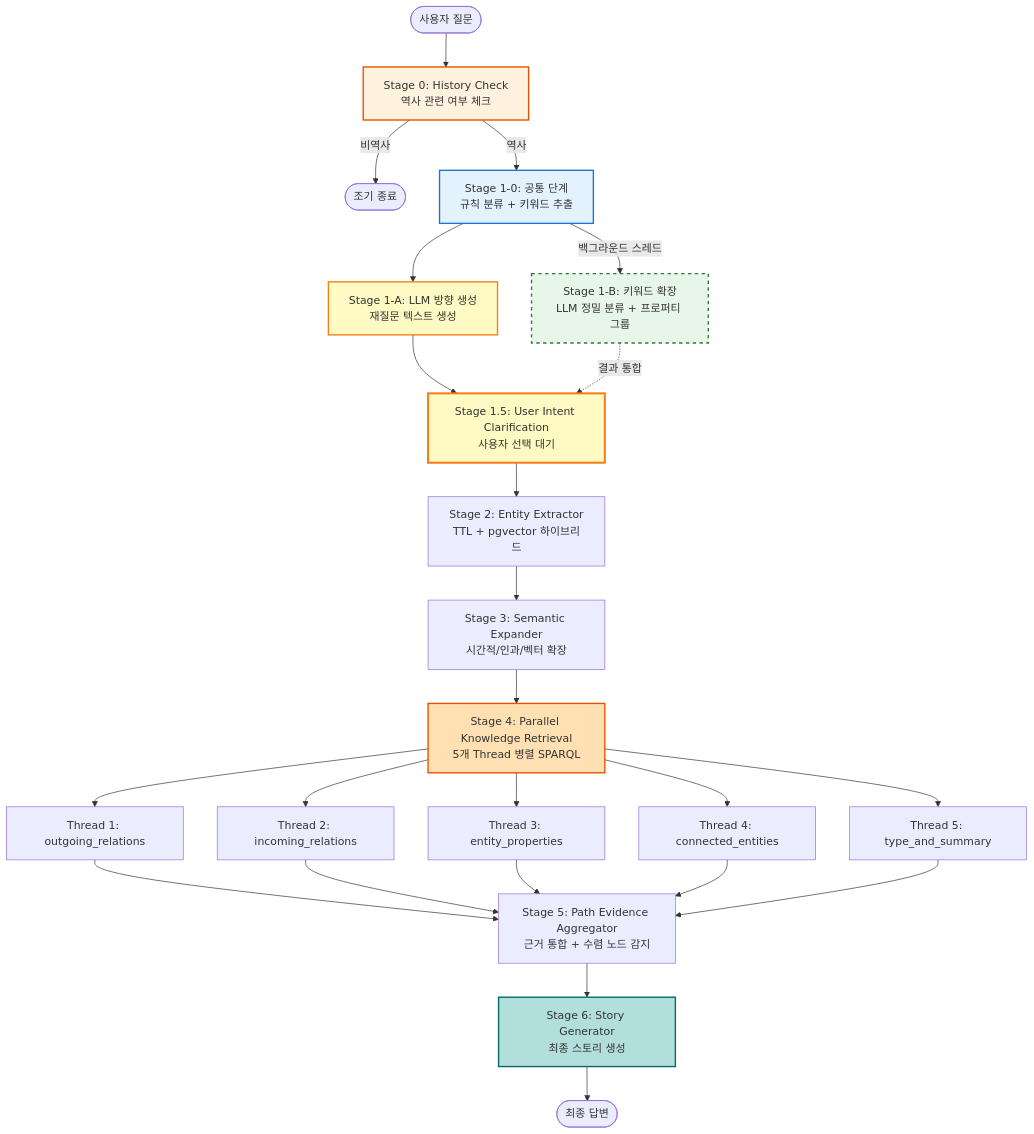
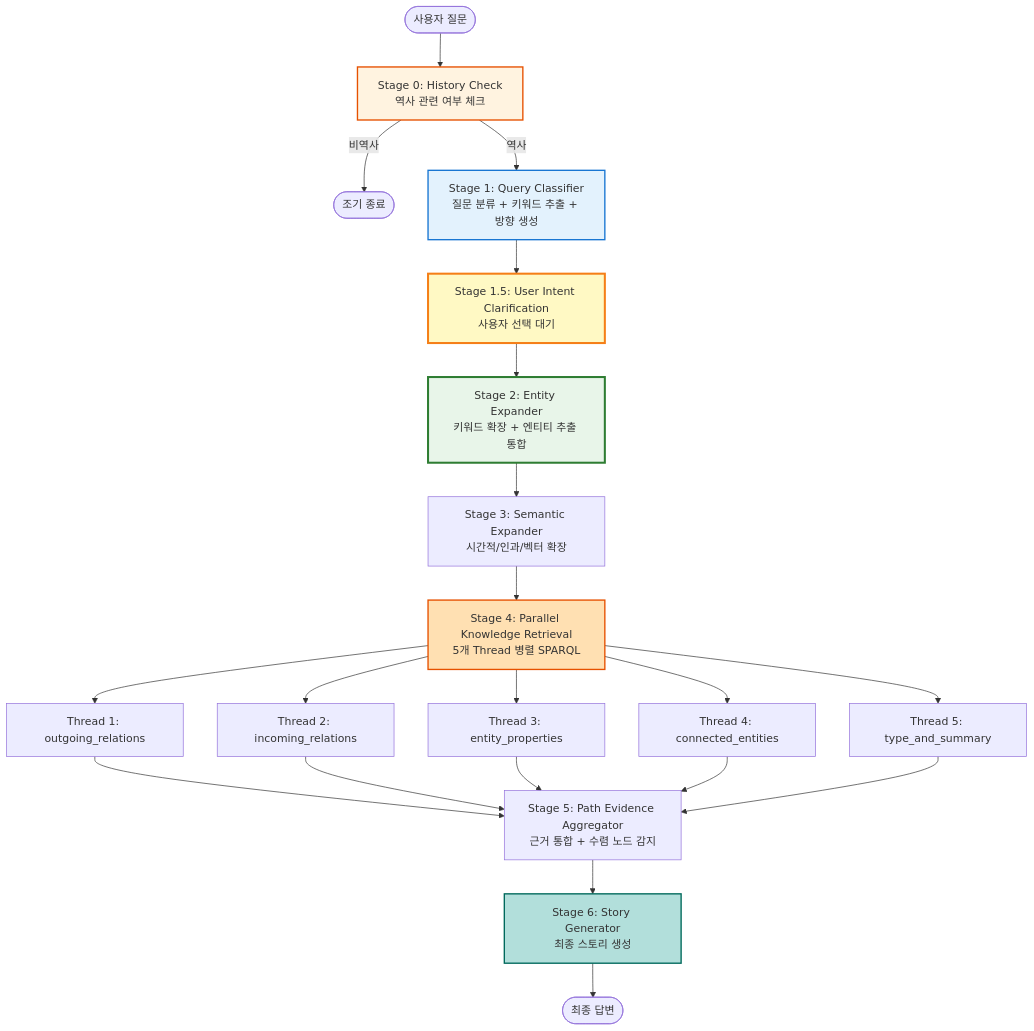
Before and after one commit to SKNETWORKS-FAMILY-AICAMP/SKN18-FINAL-3TEAM: the second of 4 diagrams in backend/langgraph_fuseki/docs/README.md, drawn with Mermaid. The commit also changed other lines of this file and 13 other files, not shown here.

````diff
--- a/backend/langgraph_fuseki/docs/README.md
+++ b/backend/langgraph_fuseki/docs/README.md
@@ -123,40 +125,35 @@
 ```mermaid
 graph TB
     Start([사용자 질문]) --> Stage0[Stage 0: History Check<br/>역사 관련 여부 체크]
 
     Stage0 -->|비역사| Exit([조기 종료])
-    Stage0 -->|역사| Stage1_0[Stage 1-0: 공통 단계<br/>규칙 분류 + 키워드 추출]
+    Stage0 -->|역사| Stage1[Stage 1: Query Classifier<br/>질문 분류 + 키워드 추출 + 방향 생성]
 
-    Stage1_0 --> Stage1_A[Stage 1-A: LLM 방향 생성<br/>재질문 텍스트 생성]
-    Stage1_0 -->|백그라운드 스레드| Stage1_B[Stage 1-B: 키워드 확장<br/>LLM 정밀 분류 + 프로퍼티 그룹]
+    Stage1 --> Stage1_5[Stage 1.5: User Intent Clarification<br/>사용자 선택 대기]
 
-    Stage1_A --> Stage1_5[Stage 1.5: User Intent Clarification<br/>사용자 선택 대기]
-    Stage1_B -.결과 통합.-> Stage1_5
-
-    Stage1_5 --> Stage2[Stage 2: Entity Extractor<br/>TTL + pgvector 하이브리드]
+    Stage1_5 --> Stage2[Stage 2: Entity Expander<br/>키워드 확장 + 엔티티 추출 통합]
     Stage2 --> Stage3[Stage 3: Semantic Expander<br/>시간적/인과/벡터 확장]
     Stage3 --> Stage4[Stage 4: Parallel Knowledge Retrieval<br/>5개 Thread 병렬 SPARQL]
 
     Stage4 --> T1[Thread 1: outgoing_relations]
     Stage4 --> T2[Thread 2: incoming_relations]
     Stage4 --> T3[Thread 3: entity_properties]
     Stage4 --> T4[Thread 4: connected_entities]
     Stage4 --> T5[Thread 5: type_and_summary]
 
     T1 --> Stage5[Stage 5: Path Evidence Aggregator<br/>근거 통합 + 수렴 노드 감지]
     T2 --> Stage5
     T3 --> Stage5
     T4 --> Stage5
     T5 --> Stage5
 
     Stage5 --> Stage6[Stage 6: Story Generator<br/>최종 스토리 생성]
     Stage6 --> Answer([최종 답변])
 
     style Stage0 fill:#fff3e0,stroke:#e65100,stroke-width:2px
-    style Stage1_0 fill:#e3f2fd,stroke:#1976d2,stroke-width:2px
-    style Stage1_A fill:#fff9c4,stroke:#f57f17,stroke-width:2px
-    style Stage1_B fill:#e8f5e9,stroke:#2e7d32,stroke-width:2px,stroke-dasharray: 5 5
+    style Stage1 fill:#e3f2fd,stroke:#1976d2,stroke-width:2px
     style Stage1_5 fill:#fff9c4,stroke:#f57f17,stroke-width:3px
+    style Stage2 fill:#e8f5e9,stroke:#2e7d32,stroke-width:3px
     style Stage4 fill:#ffe0b2,stroke:#e65100,stroke-width:2px
     style Stage6 fill:#b2dfdb,stroke:#00695c,stroke-width:2px
 ```
````
